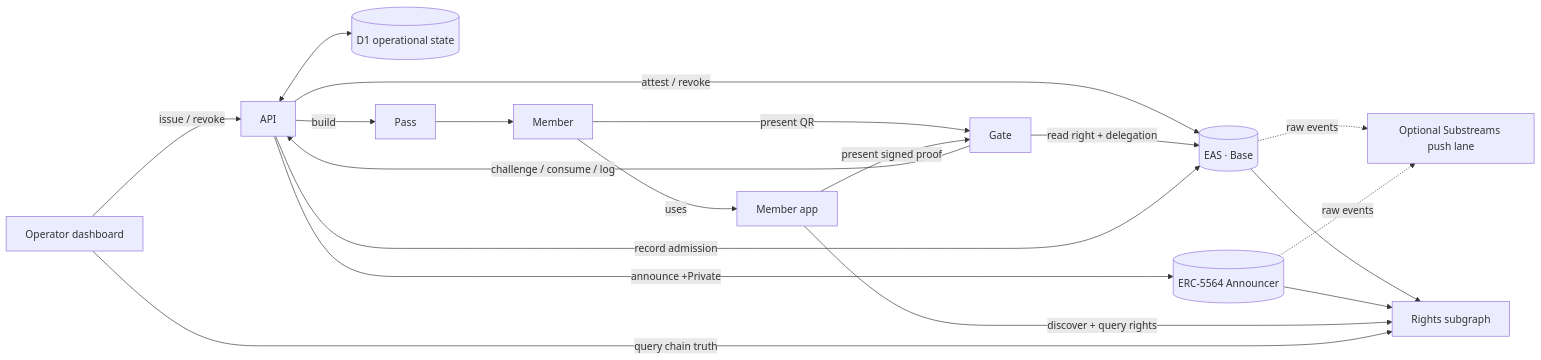
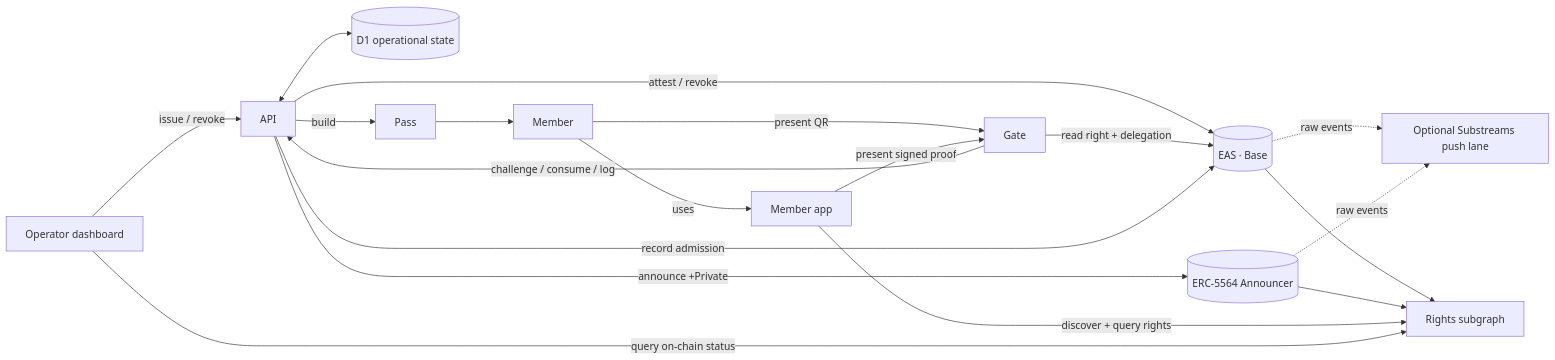
Before and after one commit to oboroxyz/fuda-sh: the diagram in docs/architecture.md, drawn with Mermaid. The commit also changed other lines of this file and 22 other files, not shown here.

Commit message:
feat: route handles and rename on-chain status view

````diff
--- a/docs/architecture.md
+++ b/docs/architecture.md
@@ -8,21 +8,21 @@
 ```mermaid
 flowchart LR
     D[Operator dashboard] -->|issue / revoke| API[API]
     API -->|attest / revoke| EAS[(EAS · Base)]
     API <--> D1[(D1 operational state)]
     API -->|build| P[Pass]
     API -->|announce +Private| AN[(ERC-5564 Announcer)]
     P --> M[Member]
     M -->|present QR| G[Gate]
     M -->|uses| A[Member app]
     A -->|present signed proof| G
     EAS --> Q[Rights subgraph]
     AN --> Q
     A -->|discover + query rights| Q
-    D -->|query chain truth| Q
+    D -->|query on-chain status| Q
     EAS -. raw events .-> S[Optional Substreams push lane]
     AN -. raw events .-> S
     G -->|read right + delegation| EAS
     G -->|challenge / consume / log| API
     API -->|record admission| EAS
 ```
````
